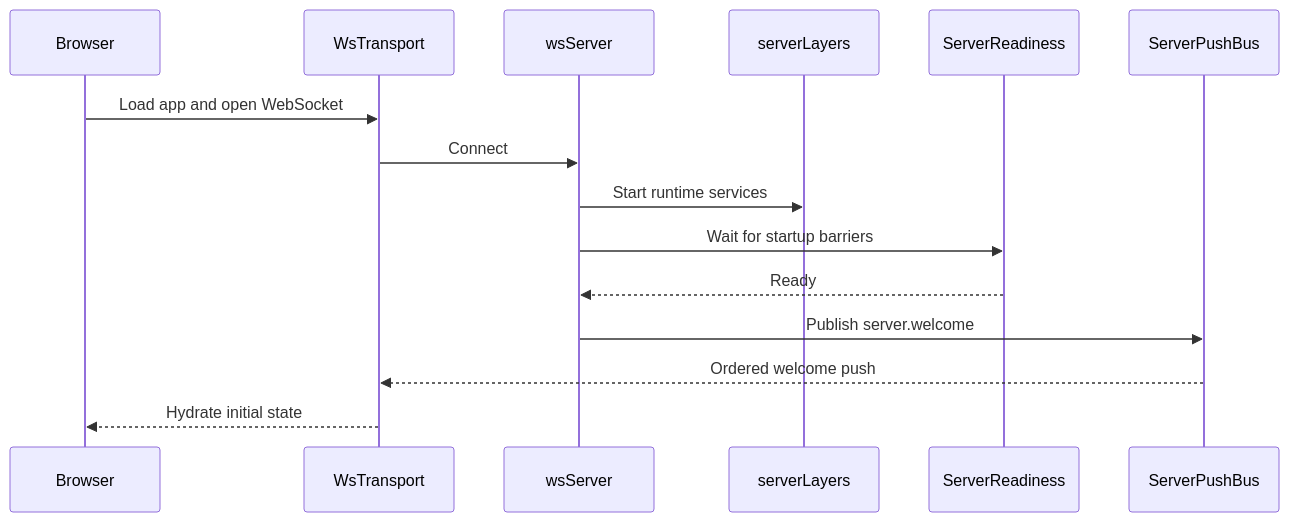
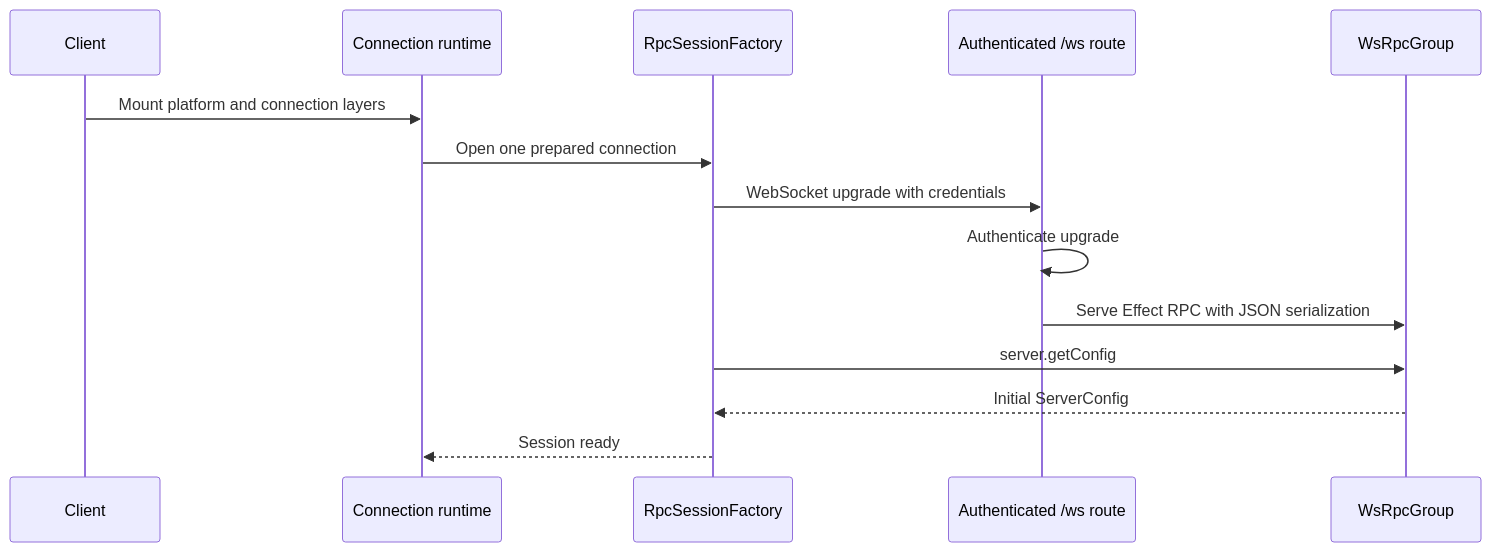
Before and after one commit to ggfincke/456code: the first of 3 diagrams in docs/architecture/overview.md, drawn with Mermaid. The commit also changed other lines of this file and 14 other files, not shown here.

First line of the commit message:
fix(release): stop the release graph from deploying a relay this fork deleted

````diff
--- a/docs/architecture/overview.md
+++ b/docs/architecture/overview.md
@@ -46,18 +60,17 @@
 ```mermaid
 sequenceDiagram
-    participant Browser
-    participant Transport as WsTransport
-    participant Server as wsServer
-    participant Layers as serverLayers
-    participant Ready as ServerReadiness
-    participant Push as ServerPushBus
+    participant Client
+    participant Runtime as Connection runtime
+    participant Session as RpcSessionFactory
+    participant Route as Authenticated /ws route
+    participant Rpc as WsRpcGroup
 
-    Browser->>Transport: Load app and open WebSocket
-    Transport->>Server: Connect
-    Server->>Layers: Start runtime services
-    Server->>Ready: Wait for startup barriers
-    Ready-->>Server: Ready
-    Server->>Push: Publish server.welcome
-    Push-->>Transport: Ordered welcome push
-    Transport-->>Browser: Hydrate initial state
+    Client->>Runtime: Mount platform and connection layers
+    Runtime->>Session: Open one prepared connection
+    Session->>Route: WebSocket upgrade with credentials
+    Route->>Route: Authenticate upgrade
+    Route->>Rpc: Serve Effect RPC with JSON serialization
+    Session->>Rpc: server.getConfig
+    Rpc-->>Session: Initial ServerConfig
+    Session-->>Runtime: Session ready
 ```
````
